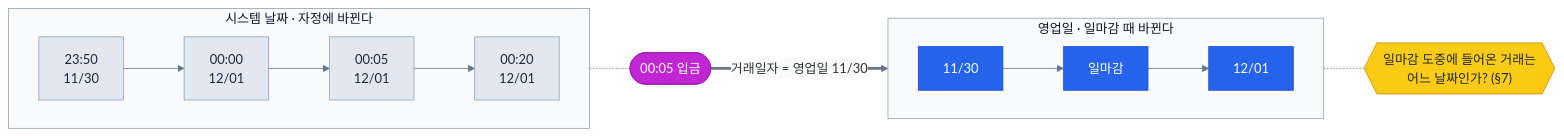
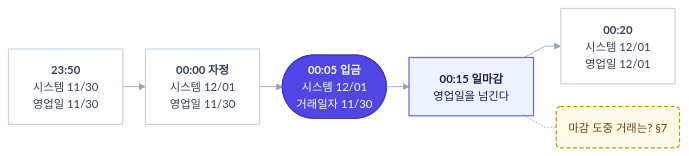
The sixth of 7 diagrams in docs/primer.md (CCAFY/core-banking), drawn with Mermaid before and after one commit. The commit also changed other lines of this file, not shown here.

````diff
--- a/docs/primer.md
+++ b/docs/primer.md
@@ -183,25 +161,18 @@
 ```mermaid
-%%{init: {"theme": "base", "themeVariables": {"lineColor": "#64748B", "edgeLabelBackground": "#F8FAFC", "clusterBkg": "#F8FAFC", "clusterBorder": "#94A3B8", "titleColor": "#0F172A", "textColor": "#0F172A"}}}%%
+%%{init: {"theme": "base", "themeVariables": {"fontSize": "14px", "lineColor": "#94A3B8", "textColor": "#334155", "edgeLabelBackground": "#FFFFFF", "clusterBkg": "#F8FAFC", "clusterBorder": "#E2E8F0", "titleColor": "#475569"}, "flowchart": {"curve": "linear", "nodeSpacing": 28, "rankSpacing": 28}}}%%
 flowchart LR
-    classDef event  fill:#C026D3,stroke:#A21CAF,color:#FFFFFF
-    classDef step   fill:#2563EB,stroke:#1D4ED8,color:#FFFFFF
-    classDef decide fill:#FACC15,stroke:#CA8A04,color:#1F2937
-    classDef note   fill:#E2E8F0,stroke:#94A3B8,color:#1E293B
+    classDef input  fill:#4F46E5,stroke:#4338CA,stroke-width:1.5px,color:#FFFFFF
+    classDef step   fill:#EEF2FF,stroke:#6366F1,stroke-width:1.5px,color:#1E1B4B
+    classDef value  fill:#FFFFFF,stroke:#CBD5E1,stroke-width:1.5px,color:#334155
+    classDef open   fill:#FEFCE8,stroke:#CA8A04,stroke-width:1.5px,stroke-dasharray:5 3,color:#713F12
 
-    subgraph SYS ["시스템 날짜 · 자정에 바뀐다"]
-        direction LR
-        A1["23:50<br/>11/30"]:::note --> A2["00:00<br/>12/01"]:::note --> A3["00:05<br/>12/01"]:::note --> A4["00:20<br/>12/01"]:::note
-    end
+    T1["<b>23:50</b><br/>시스템 11/30<br/>영업일 11/30"]:::value
+    T2["<b>00:00 자정</b><br/>시스템 12/01<br/>영업일 11/30"]:::value
+    T3(["<b>00:05 입금</b><br/>시스템 12/01<br/>거래일자 11/30"]):::input
+    T4["<b>00:15 일마감</b><br/>영업일을 넘긴다"]:::step
+    T5["<b>00:20</b><br/>시스템 12/01<br/>영업일 12/01"]:::value
+    Q("마감 도중 거래는? §7"):::open
 
-    subgraph BIZ ["영업일 · 일마감 때 바뀐다"]
-        direction LR
-        B1["11/30"]:::step --> B2["일마감"]:::step --> B3["12/01"]:::step
-    end
-
-    T(["00:05 입금"]):::event
-    A3 -.- T
-    T == "거래일자 = 영업일 11/30" ==> B1
-
-    Q{{"일마감 도중에 들어온 거래는<br/>어느 날짜인가? (§7)"}}:::decide
-    B2 -.- Q
+    T1 --> T2 --> T3 --> T4 --> T5
+    T4 -.- Q
 ```
````
